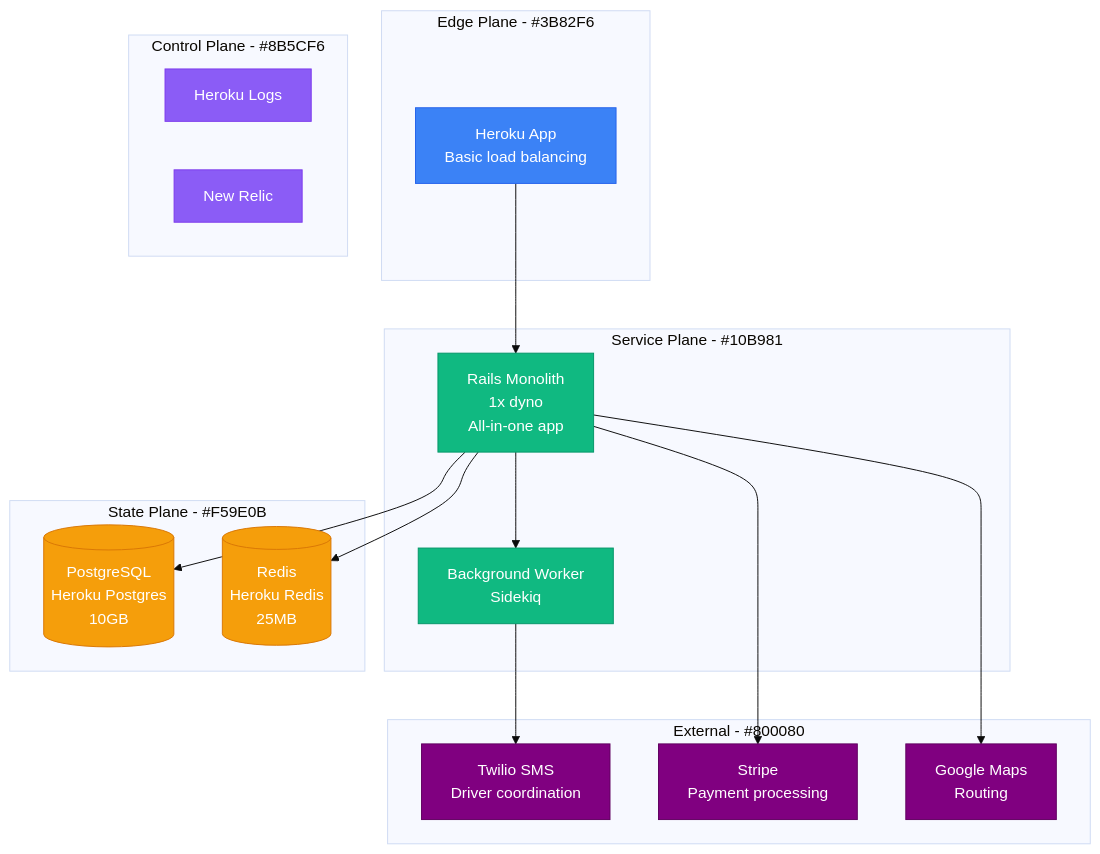
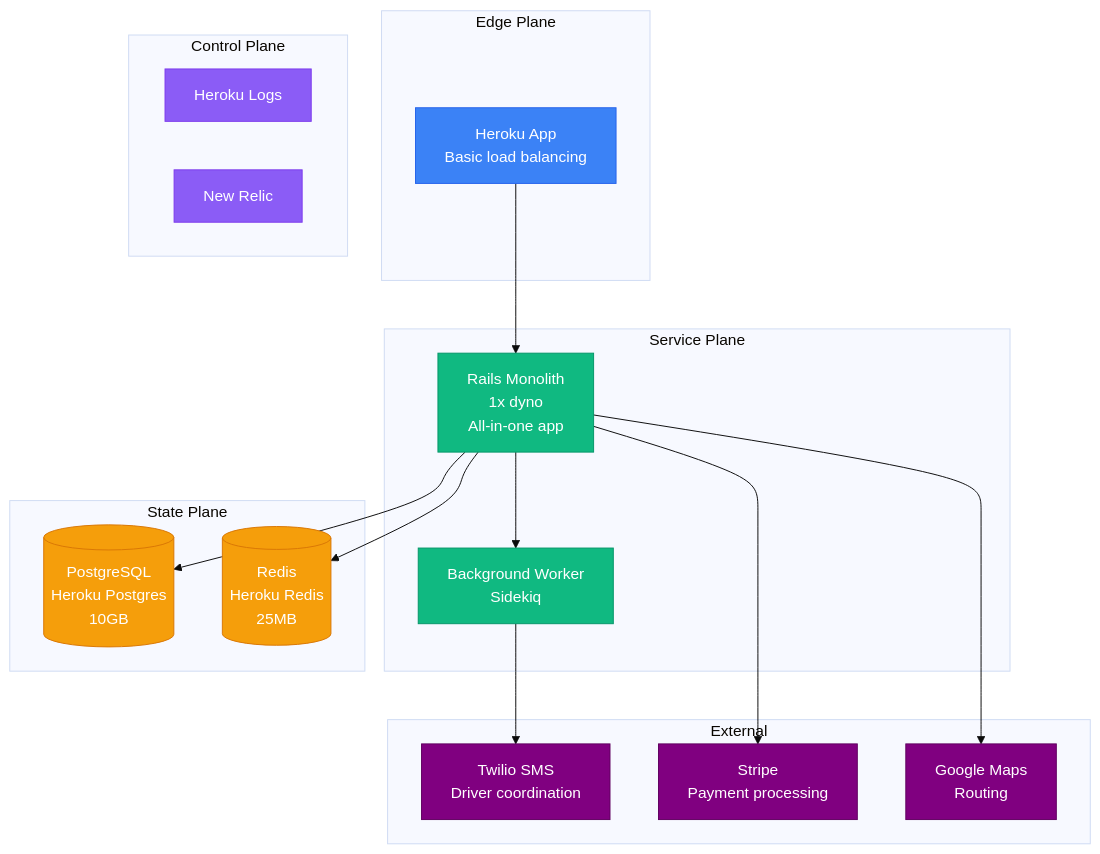
One commit to deepaucksharma/DS changed the first of 6 diagrams in site/docs/scaling/doordash-scale-evolution.md. Above: the diagram before and after it, drawn with Mermaid (base theme). The commit also changed other lines of this file and 169 other files, not shown here.

````diff
--- a/site/docs/scaling/doordash-scale-evolution.md
+++ b/site/docs/scaling/doordash-scale-evolution.md
@@ -20,47 +20,47 @@
 ```mermaid
 graph TB
-    subgraph EdgePlane[Edge Plane - #3B82F6]
+    subgraph EdgePlane["Edge Plane"]
         HEROKU[Heroku App<br/>Basic load balancing]
     end
 
-    subgraph ServicePlane[Service Plane - #10B981]
+    subgraph ServicePlane["Service Plane"]
         RAILS[Rails Monolith<br/>1x dyno<br/>All-in-one app]
         WORKER[Background Worker<br/>Sidekiq]
     end
 
-    subgraph StatePlane[State Plane - #F59E0B]
+    subgraph StatePlane["State Plane"]
         POSTGRES[(PostgreSQL<br/>Heroku Postgres<br/>10GB)]
         REDIS[(Redis<br/>Heroku Redis<br/>25MB)]
     end
 
-    subgraph ControlPlane[Control Plane - #8B5CF6]
+    subgraph ControlPlane["Control Plane"]
         LOGS[Heroku Logs]
         METRICS[New Relic]
     end
 
-    subgraph ExternalServices[External - #800080]
+    subgraph ExternalServices["External"]
         TWILIO[Twilio SMS<br/>Driver coordination]
         STRIPE[Stripe<br/>Payment processing]
         GOOGLE[Google Maps<br/>Routing]
     end
 
     HEROKU --> RAILS
     RAILS --> WORKER
     RAILS --> POSTGRES
     RAILS --> REDIS
     WORKER --> TWILIO
     RAILS --> STRIPE
     RAILS --> GOOGLE
 
     classDef edgeStyle fill:#3B82F6,stroke:#2563EB,color:#fff
     classDef serviceStyle fill:#10B981,stroke:#059669,color:#fff
     classDef stateStyle fill:#F59E0B,stroke:#D97706,color:#fff
     classDef controlStyle fill:#8B5CF6,stroke:#7C3AED,color:#fff
     classDef externalStyle fill:#800080,stroke:#600060,color:#fff
 
     class HEROKU edgeStyle
     class RAILS,WORKER serviceStyle
     class POSTGRES,REDIS stateStyle
     class LOGS,METRICS controlStyle
     class TWILIO,STRIPE,GOOGLE externalStyle
 ```
````
